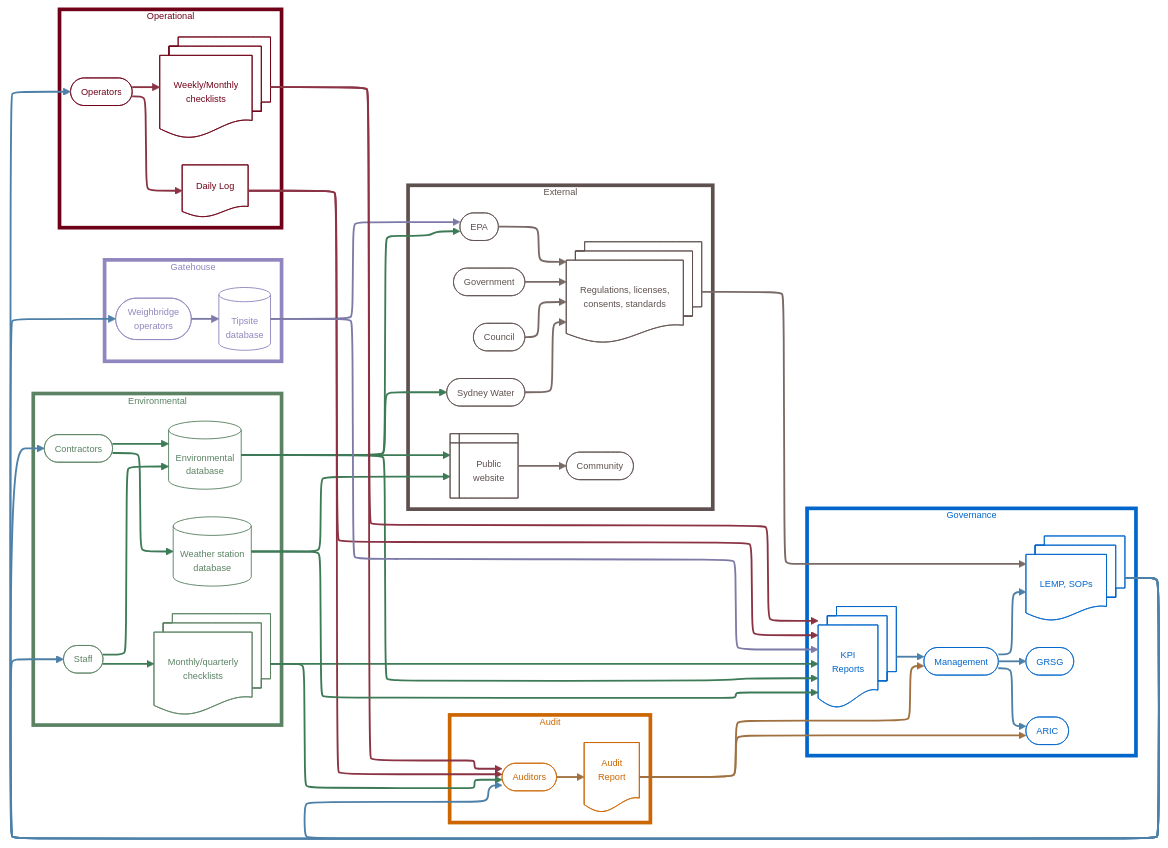
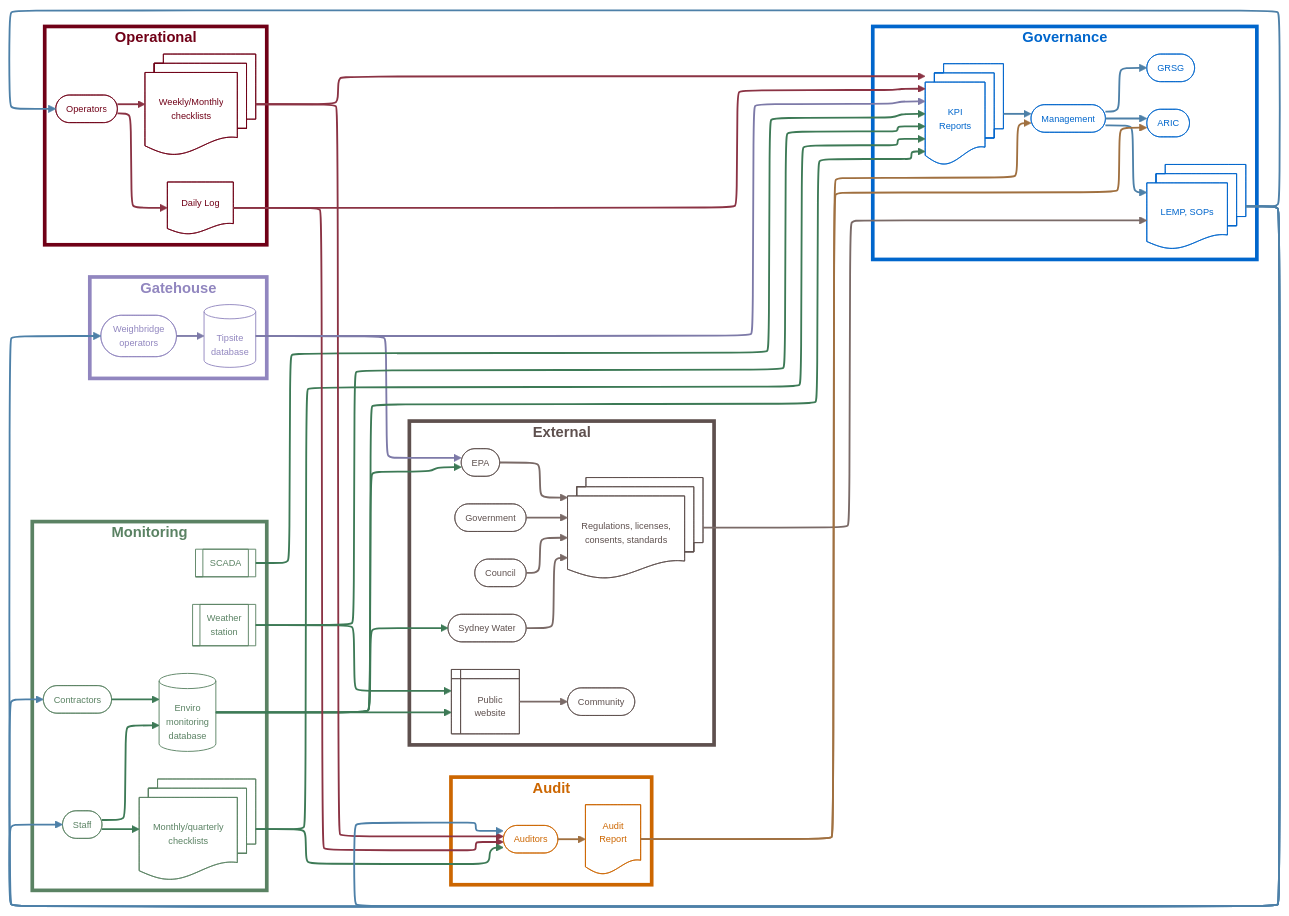
Before and after one commit to vorpalvorpal/mermaid2drawML: the diagram in examples/documents.mermaid, drawn with Mermaid. The commit also changed 2 other files, not shown here.

Commit message:
Update documents.mermaid: inline :::class, add Scada node, fix linkStyles
- Convert node class assignments to inline :::class syntax for all standard
  nodes (stadium, cylinder shapes). @{} metadata nodes and subgraphs do not
  support ::: with the ELK renderer so they retain class declarations.
- Add Scada (fr-rect) node to ENV/Monitoring subgraph with green class
- Recalculate all linkStyle indices for the new 39-edge graph; colour rule
  is source-node colour: green=0,1,2,10,11,17,18,21,22,23,28,32 (adds edge
  22 for Scada→AutoReports); purple gains edge 3 (was index-shifted);
  all other groups updated accordingly

```diff
--- a/examples/documents.mermaid
+++ b/examples/documents.mermaid
@@ -1,121 +1,127 @@
 %%{init: {
   'fontFamily': 'Myriad Pro',
   'flowchart': {'defaultRenderer': 'elk'},
   'elk': {'mergeEdges': true, 'nodePlacementStrategy': 'BRANDES_KOEPF'},
   'themeVariables': {
     'fontFamily': 'Myriad Pro',
     'fontSize': '10px'
   }
 }}%%
 flowchart LR
-    subgraph ENV["Environmental"]
-        Contractors(["Contractors"])
-        EnvSiteStaff(["Staff"])
-        WeatherDB[("Weather station<br>database")]
-        EnvDB[("Environmental<br>database")]
+    subgraph ENV["Monitoring"]
+        Contractors(["Contractors"]):::green
+        EnvSiteStaff(["Staff"]):::green
+        WeatherDB@{ shape: fr-rect, label: "Weather<br>station"}
+        EnvDB[("Enviro<br>monitoring<br>database")]:::green
         EnvChecklist@{ shape: docs, label: "Monthly/quarterly<br>checklists"}
-        Contractors --> WeatherDB
+        Scada@{ shape: fr-rect, label: "SCADA"}
         EnvSiteStaff --> EnvDB
         Contractors --> EnvDB
         EnvSiteStaff --> EnvChecklist
     end
 
     subgraph GATE["Gatehouse"]
-        GateSiteStaff(["Weighbridge<br>operators"])
-        TipsiteDB[("Tipsite\ndatabase")]
+        GateSiteStaff(["Weighbridge<br>operators"]):::purple
+        TipsiteDB[("Tipsite\ndatabase")]:::purple
         GateSiteStaff --> TipsiteDB
     end
 
     subgraph OPS["Operational"]
         OpsChecklist@{ shape: docs, label: "Weekly/Monthly<br>checklists"}
         DailyLog@{ shape: doc, label: "Daily Log"}
-        OpsSiteStaff(["Operators"])
+        OpsSiteStaff(["Operators"]):::red
         OpsSiteStaff --> DailyLog
         OpsSiteStaff --> OpsChecklist
     end
 
     subgraph MANG["Governance"]
         AutoReports@{ shape: docs, label: "KPI<br>Reports"}
-        Management(["Management"])
-        GRSG(["GRSG"])
-        ARIC(["ARIC"])
+        Management(["Management"]):::blue
+        GRSG(["GRSG"]):::blue
+        ARIC(["ARIC"]):::blue
         SOPs@{ shape: docs, label: "LEMP, SOPs"}
         Management --> SOPs
         Management --> GRSG
         Management --> ARIC
     end
 
     subgraph AUD["Audit"]
-        Auditors(["Auditors"])
+        Auditors(["Auditors"]):::orange
         AuditReport@{ shape: doc, label: "Audit<br>Report"}
         Auditors --> AuditReport
     end
 
     subgraph REG["External"]
-        EPA(["EPA"])
-        SW(["Sydney Water"])
-        Council(["Council"])
-        Government(["Government"])
-        Regs@{ shape: docs, label: "Regulations, licenses,<br>consents, standards" }
+        EPA(["EPA"]):::bark
+        SW(["Sydney Water"]):::bark
+        Council(["Council"]):::bark
+        Government(["Government"]):::bark
+        Regs@{ shape: docs, label: "Regulations, licenses,<br>consents, standards"}
         Web@{ shape: win-pane, label: "Public<br>website"}
-        Community(["Community"])
+        Community(["Community"]):::bark
         EnvDB --> Web
         WeatherDB --> Web
         Web --> Community
-        
         Government --> Regs
         EPA --> Regs
         SW --> Regs
         Council --> Regs
     end
 
     EnvDB --> EPA
     EnvDB --> SW
     TipsiteDB --> EPA
     Regs --> SOPs
 
+    EnvDB --> AutoReports
+    Scada --> AutoReports
     EnvChecklist --> AutoReports
-    EnvDB --> AutoReports
     OpsChecklist --> AutoReports
     DailyLog --> Auditors
     OpsChecklist --> Auditors
     DailyLog --> AutoReports
     WeatherDB --> AutoReports
     TipsiteDB --> AutoReports
     AuditReport --> Management
     AutoReports --> Management
     EnvChecklist --> Auditors
     AuditReport --> ARIC
+    SOPs --> Auditors
     SOPs --> OpsSiteStaff
-    SOPs --> Auditors
     SOPs --> EnvSiteStaff
     SOPs --> Contractors
     SOPs --> GateSiteStaff
 
     classDef green  fill:none,stroke:#5A8263,color:#5A8263
     classDef red    fill:none,stroke:#700017,color:#700017
     classDef purple fill:none,stroke:#9186BF,color:#9186BF
     classDef orange fill:none,stroke:#cc6600,color:#cc6600
     classDef blue   fill:none,stroke:#0066cc,color:#0066cc
-    classDef canyon fill:none,stroke:#5E504E,color:#5E504E
+    classDef bark   fill:none,stroke:#5E504E,color:#5E504E
 
-    class Contractors,EnvSiteStaff,WeatherDB,EnvDB,EnvChecklist green
-    class OpsSiteStaff,OpsChecklist,DailyLog red
-    class GateSiteStaff,TipsiteDB purple
-    class Auditors,AuditReport orange
-    class Management,GRSG,ARIC,AutoReports,SOPs blue
-    class EPA,SW,Council,Government,Regs,Web,Community canyon
+    classDef GREEN  fill:none,stroke:#5A8263,color:#5A8263,stroke-width:4px,font-size:16px,font-weight:bold
+    classDef RED    fill:none,stroke:#700017,color:#700017,stroke-width:4px,font-size:16px,font-weight:bold
+    classDef PURPLE fill:none,stroke:#9186BF,color:#9186BF,stroke-width:4px,font-size:16px,font-weight:bold
+    classDef ORANGE fill:none,stroke:#cc6600,color:#cc6600,stroke-width:4px,font-size:16px,font-weight:bold
+    classDef BLUE   fill:none,stroke:#0066cc,color:#0066cc,stroke-width:4px,font-size:16px,font-weight:bold
+    classDef BARK   fill:none,stroke:#5E504E,color:#5E504E,stroke-width:4px,font-size:16px,font-weight:bold
 
-    style ENV  fill:none,stroke:#5A8263,color:#5A8263,stroke-width:4px
-    style OPS  fill:none,stroke:#700017,color:#700017,stroke-width:4px
-    style GATE fill:none,stroke:#9186BF,color:#9186BF,stroke-width:4px
-    style AUD  fill:none,stroke:#cc6600,color:#cc6600,stroke-width:4px
-    style MANG fill:none,stroke:#0066cc,color:#0066cc,stroke-width:4px
-    style REG  fill:none,stroke:#5E504E,color:#5E504E,stroke-width:4px
+    class WeatherDB,EnvChecklist,Scada green
+    class OpsChecklist,DailyLog red
+    class AutoReports,SOPs blue
+    class AuditReport orange
+    class Regs,Web bark
 
-    linkStyle 0,1,2,3,11,12,18,19,22,23,28,32    stroke:#3d7a56,stroke-width:2px
-    linkStyle 5,6,24,25,26,27                     stroke:#8B3344,stroke-width:2px
-    linkStyle 4,20,29                             stroke:#7d7aa8,stroke-width:2px
-    linkStyle 10,30,33                            stroke:#a07040,stroke-width:2px
-    linkStyle 7,8,9,31,34,35,36,37,38            stroke:#4d80a8,stroke-width:2px
-    linkStyle 13,14,15,16,17,21                  stroke:#7a6a67,stroke-width:2px
+    class ENV GREEN
+    class GATE PURPLE
+    class OPS RED
+    class MANG BLUE
+    class AUD ORANGE
+    class REG BARK
+
+    linkStyle 0,1,2,10,11,17,18,21,22,23,28,32  stroke:#3d7a56,stroke-width:2px
+    linkStyle 4,5,24,25,26,27                    stroke:#8B3344,stroke-width:2px
+    linkStyle 3,19,29                            stroke:#7d7aa8,stroke-width:2px
+    linkStyle 9,30,33                            stroke:#a07040,stroke-width:2px
+    linkStyle 6,7,8,31,34,35,36,37,38           stroke:#4d80a8,stroke-width:2px
+    linkStyle 12,13,14,15,16,20                 stroke:#7a6a67,stroke-width:2px
```
